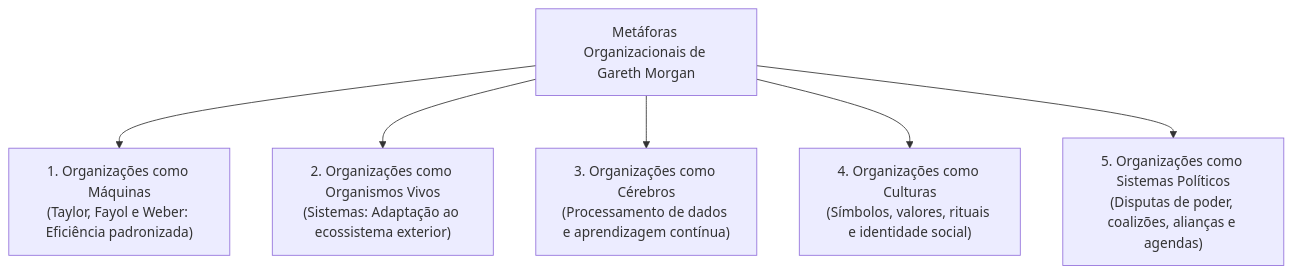
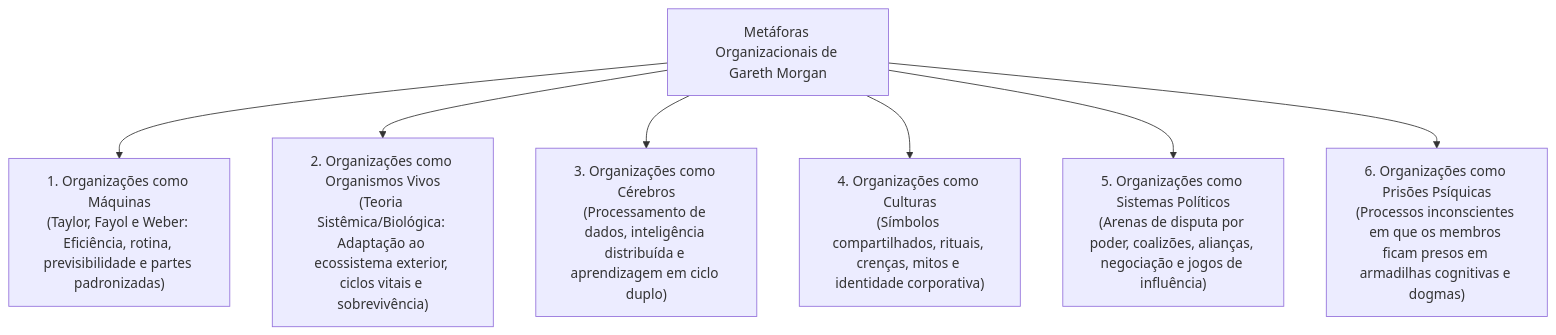
The sixth of 6 diagrams in fontes_de_estudo/conhecimentos_especificos_a01_tecnico_administrativo/22_administracao_geral/01_teorias_da_administracao_e_escolas_administrativas.md (thiagosantos346/TCE-GO-2027), drawn with Mermaid before and after one commit. The commit also changed other lines of this file and 119 other files, not shown here.

````diff
--- a/fontes_de_estudo/conhecimentos_especificos_a01_tecnico_administrativo/22_administracao_geral/01_teorias_da_administracao_e_escolas_administrativas.md
+++ b/fontes_de_estudo/conhecimentos_especificos_a01_tecnico_administrativo/22_administracao_geral/01_teorias_da_administracao_e_escolas_administrativas.md
@@ -167,10 +224,11 @@
 ```mermaid
 flowchart TD
     Metáforas["Metáforas Organizacionais de Gareth Morgan"]
     
-    Metáforas --> M1["1. Organizações como Máquinas<br/>(Taylor, Fayol e Weber: Eficiência padronizada)"]
-    Metáforas --> M2["2. Organizações como Organismos Vivos<br/>(Sistemas: Adaptação ao ecossistema exterior)"]
-    Metáforas --> M3["3. Organizações como Cérebros<br/>(Processamento de dados e aprendizagem contínua)"]
-    Metáforas --> M4["4. Organizações como Culturas<br/>(Símbolos, valores, rituais e identidade social)"]
-    Metáforas --> M5["5. Organizações como Sistemas Políticos<br/>(Disputas de poder, coalizões, alianças e agendas)"]
+    Metáforas --> M1["1. Organizações como Máquinas<br/>(Taylor, Fayol e Weber: Eficiência, rotina, previsibilidade e partes padronizadas)"]
+    Metáforas --> M2["2. Organizações como Organismos Vivos<br/>(Teoria Sistêmica/Biológica: Adaptação ao ecossistema exterior, ciclos vitais e sobrevivência)"]
+    Metáforas --> M3["3. Organizações como Cérebros<br/>(Processamento de dados, inteligência distribuída e aprendizagem em ciclo duplo)"]
+    Metáforas --> M4["4. Organizações como Culturas<br/>(Símbolos compartilhados, rituais, crenças, mitos e identidade corporativa)"]
+    Metáforas --> M5["5. Organizações como Sistemas Políticos<br/>(Arenas de disputa por poder, coalizões, alianças, negociação e jogos de influência)"]
+    Metáforas --> M6["6. Organizações como Prisões Psíquicas<br/>(Processos inconscientes em que os membros ficam presos em armadilhas cognitivas e dogmas)"]
 ```
````
